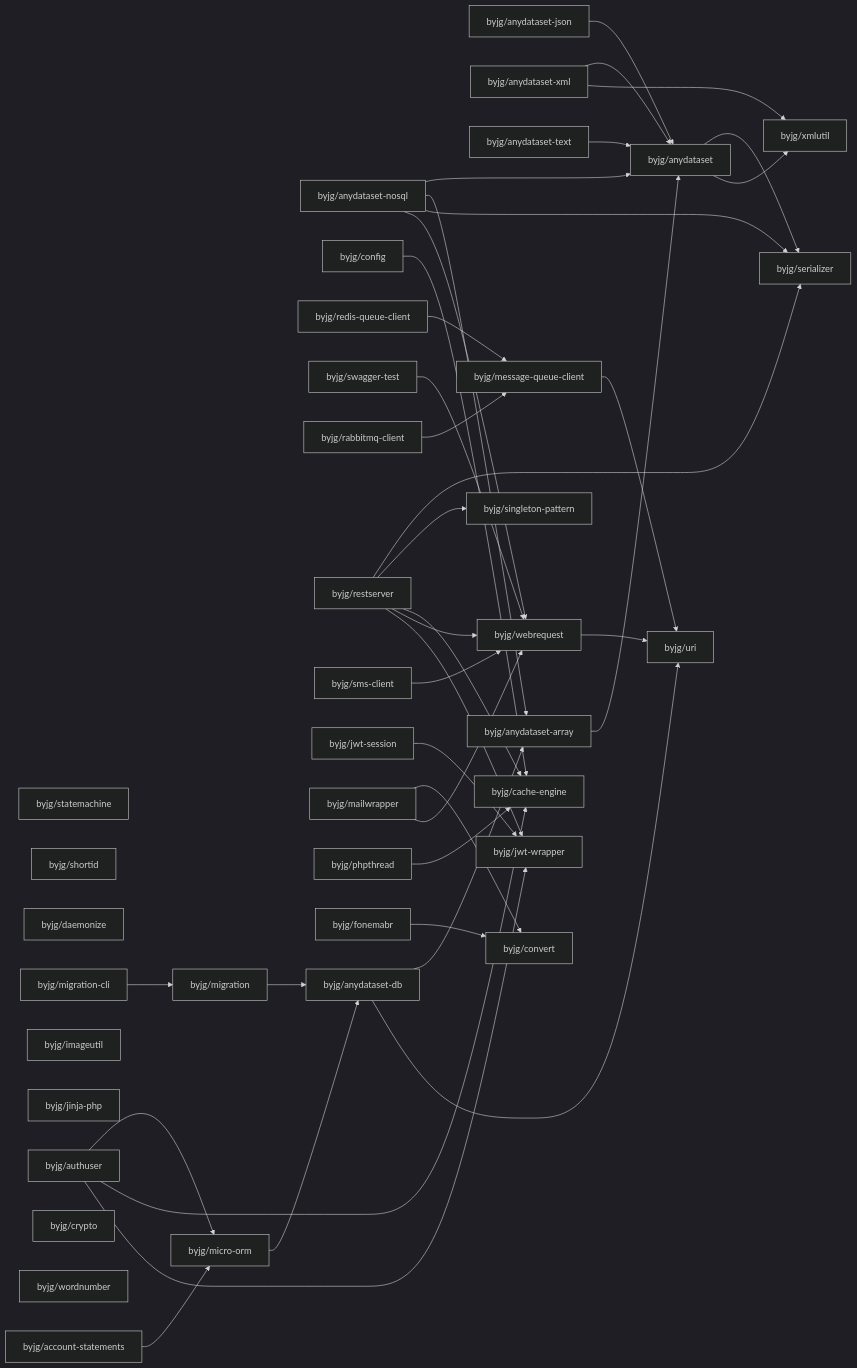
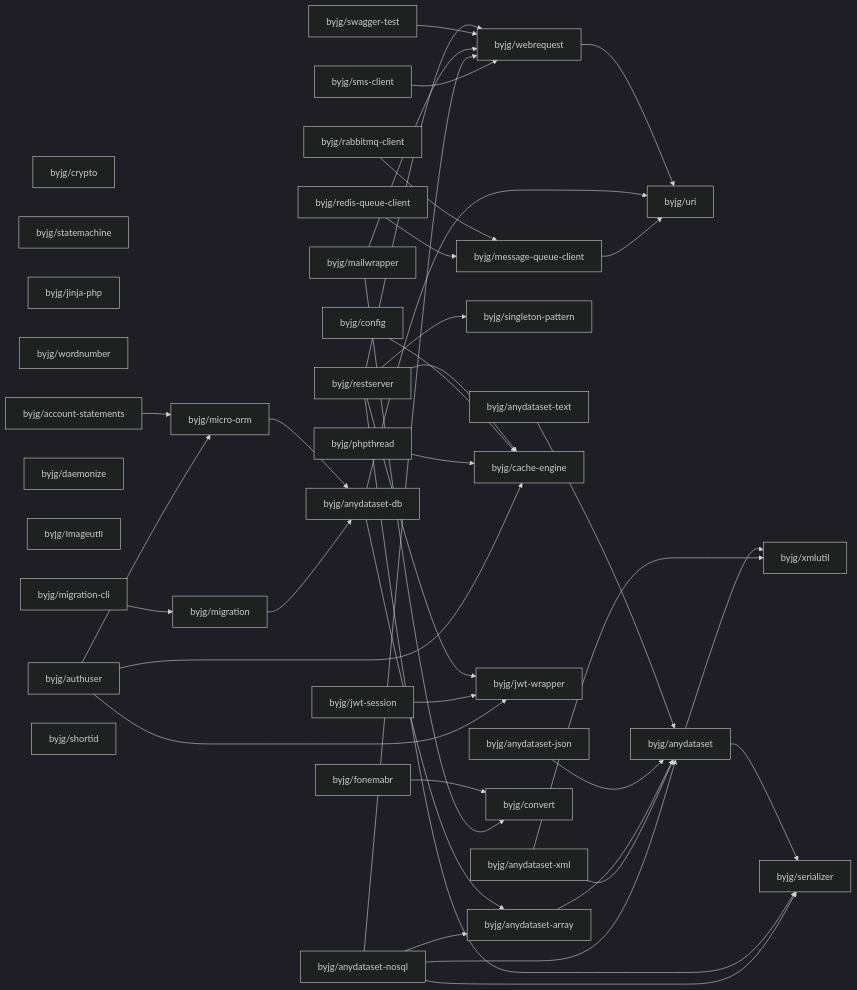
Before and after one commit to byjg/byjg.github.io: the diagram in docs/php/README.md, drawn with Mermaid (dark theme). The commit also changed other lines of this file, not shown here.

Commit message:
Update documentation 'php' 'php-anydataset-db'

````diff
--- a/docs/php/README.md
+++ b/docs/php/README.md
@@ -3,78 +3,78 @@
 ```mermaid
 graph LR;
+  byjg/crypto;
+  byjg/statemachine;
+  byjg/anydataset-xml;
+  byjg/jwt-session;
+  byjg/config;
+  byjg/jinja-php;
+  byjg/anydataset-text;
+  byjg/swagger-test;
+  byjg/wordnumber;
+  byjg/rabbitmq-client;
+  byjg/account-statements;
+  byjg/restserver;
+  byjg/phpthread;
+  byjg/mailwrapper;
+  byjg/anydataset-json;
+  byjg/daemonize;
   byjg/anydataset-nosql;
-  byjg/anydataset-json;
-  byjg/statemachine;
-  byjg/config;
+  byjg/sms-client;
+  byjg/imageutil;
+  byjg/authuser;
+  byjg/migration-cli;
+  byjg/redis-queue-client;
   byjg/shortid;
-  byjg/anydataset-xml;
-  byjg/redis-queue-client;
-  byjg/swagger-test;
-  byjg/daemonize;
-  byjg/rabbitmq-client;
-  byjg/authuser;
-  byjg/restserver;
-  byjg/sms-client;
-  byjg/jwt-session;
-  byjg/imageutil;
-  byjg/jinja-php;
-  byjg/mailwrapper;
-  byjg/migration-cli;
-  byjg/crypto;
-  byjg/phpthread;
-  byjg/wordnumber;
-  byjg/anydataset-text;
   byjg/fonemabr;
-  byjg/account-statements;
+  byjg/singleton-pattern;
+  byjg/webrequest;
+  byjg/micro-orm;
+  byjg/cache-engine;
+  byjg/jwt-wrapper;
+  byjg/migration;
   byjg/message-queue-client;
-  byjg/singleton-pattern;
-  byjg/jwt-wrapper;
-  byjg/webrequest;
-  byjg/migration;
-  byjg/cache-engine;
   byjg/convert;
-  byjg/micro-orm;
   byjg/anydataset-db;
   byjg/anydataset-array;
   byjg/uri;
   byjg/anydataset;
   byjg/serializer;
   byjg/xmlutil;
   byjg/sms-client --> byjg/webrequest;
   byjg/anydataset-nosql --> byjg/anydataset;
   byjg/anydataset-nosql --> byjg/anydataset-array;
   byjg/anydataset-nosql --> byjg/serializer;
   byjg/anydataset-nosql --> byjg/webrequest;
   byjg/anydataset-xml --> byjg/anydataset;
   byjg/anydataset-xml --> byjg/xmlutil;
   byjg/message-queue-client --> byjg/uri;
   byjg/redis-queue-client --> byjg/message-queue-client;
   byjg/authuser --> byjg/micro-orm;
   byjg/authuser --> byjg/cache-engine;
   byjg/authuser --> byjg/jwt-wrapper;
   byjg/mailwrapper --> byjg/convert;
   byjg/mailwrapper --> byjg/webrequest;
   byjg/anydataset-array --> byjg/anydataset;
   byjg/jwt-session --> byjg/jwt-wrapper;
   byjg/account-statements --> byjg/micro-orm;
   byjg/phpthread --> byjg/cache-engine;
   byjg/fonemabr --> byjg/convert;
   byjg/migration --> byjg/anydataset-db;
   byjg/micro-orm --> byjg/anydataset-db;
   byjg/swagger-test --> byjg/webrequest;
   byjg/anydataset-db --> byjg/anydataset-array;
   byjg/anydataset-db --> byjg/uri;
   byjg/config --> byjg/cache-engine;
   byjg/anydataset-json --> byjg/anydataset;
   byjg/anydataset-text --> byjg/anydataset;
   byjg/rabbitmq-client --> byjg/message-queue-client;
   byjg/restserver --> byjg/serializer;
   byjg/restserver --> byjg/singleton-pattern;
   byjg/restserver --> byjg/cache-engine;
   byjg/restserver --> byjg/webrequest;
   byjg/restserver --> byjg/jwt-wrapper;
   byjg/anydataset --> byjg/serializer;
   byjg/anydataset --> byjg/xmlutil;
   byjg/webrequest --> byjg/uri;
   byjg/migration-cli --> byjg/migration;
 ```
````
